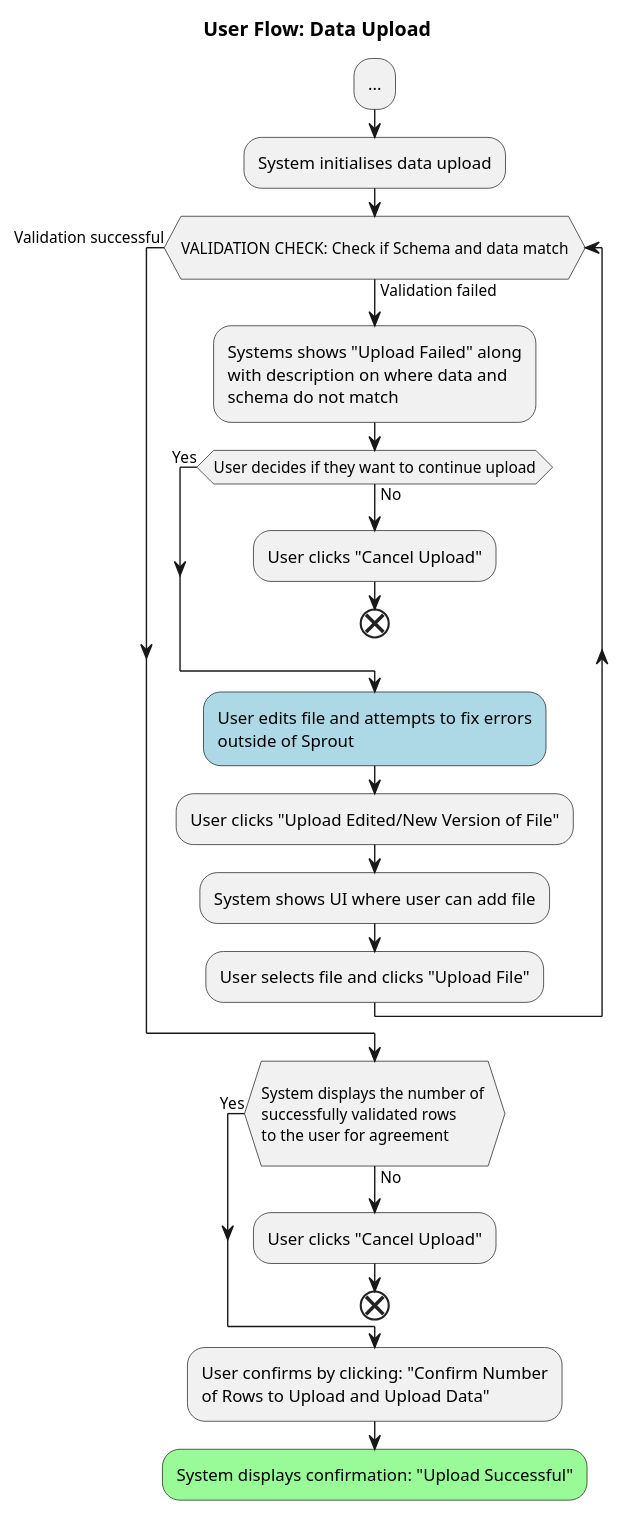
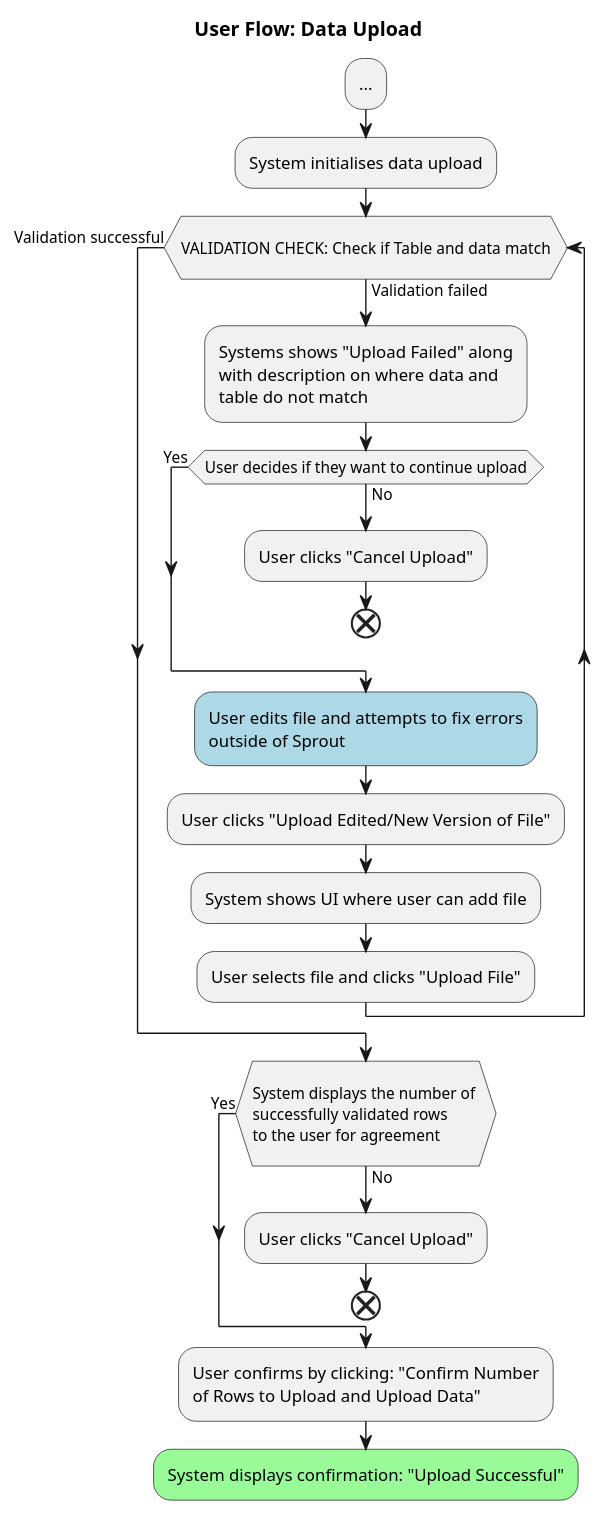
One commit to signekb/seedcase-sprout changed the diagram in docs/design/images/user-flow-data-upload.puml. Above: the diagram before and after it, drawn with PlantUML. The commit also changed 10 other files, not shown here.

Commit message:
fix: replace "schema(s)" with "table(s)" in all files related to user flow

```diff
--- a/docs/design/images/user-flow-data-upload.puml
+++ b/docs/design/images/user-flow-data-upload.puml
@@ -1,26 +1,26 @@
 @startuml user-flow-data-upload
 
 title User Flow: Data Upload
 
 :...;
 :System initialises data upload;
-while (\nVALIDATION CHECK: Check if Schema and data match\n) is (Validation failed)
-:Systems shows "Upload Failed" along\nwith description on where data and\nschema do not match;
+while (\nVALIDATION CHECK: Check if Table and data match\n) is (Validation failed)
+:Systems shows "Upload Failed" along\nwith description on where data and\ntable do not match;
     while (User decides if they want to continue upload) is (No)
         :User clicks "Cancel Upload";
         end
     end while (Yes);
     #LightBlue:User edits file and attempts to fix errors\noutside of Sprout;
     :User clicks "Upload Edited/New Version of File";
     :System shows UI where user can add file; 
     :User selects file and clicks "Upload File";
 
 end while (Validation successful);
 while (\nSystem displays the number of \nsuccessfully validated rows \nto the user for agreement\n) is (No)
 :User clicks "Cancel Upload";
 end
 end while (Yes);
 :User confirms by clicking: "Confirm Number\nof Rows to Upload and Upload Data";
 #palegreen:System displays confirmation: "Upload Successful";
 
 @enduml
```
